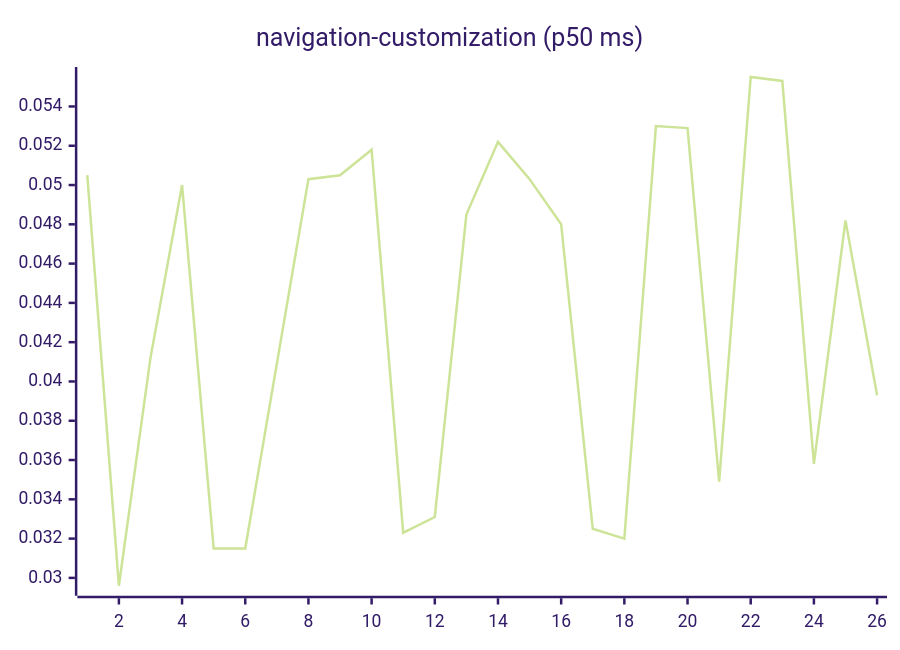
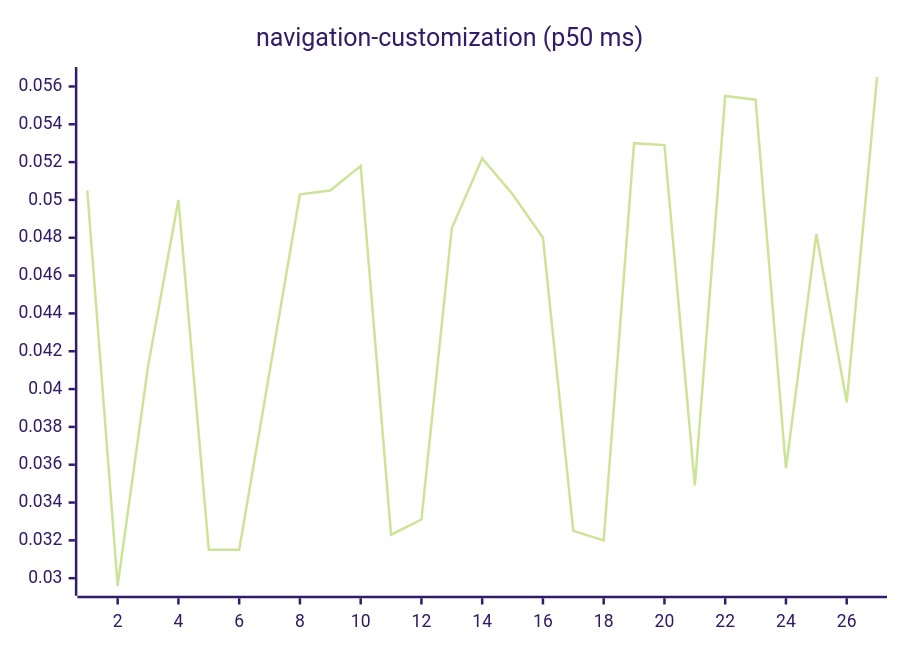
Diagram 15 of 27 in README.md (josha/Facet), drawn with Mermaid (forest theme) before and after one commit. The commit also changed other lines of this file and 2 other files, not shown here.

````diff
--- a/README.md
+++ b/README.md
@@ -161,6 +161,6 @@
 ```mermaid
 xychart-beta
     title "navigation-customization (p50 ms)"
-    x-axis 1 --> 26
-    line [0.0505, 0.0296, 0.0412, 0.0500, 0.0315, 0.0315, 0.0409, 0.0503, 0.0505, 0.0518, 0.0323, 0.0331, 0.0485, 0.0522, 0.0503, 0.0480, 0.0325, 0.0320, 0.0530, 0.0529, 0.0349, 0.0555, 0.0553, 0.0358, 0.0482, 0.0393]
+    x-axis 1 --> 27
+    line [0.0505, 0.0296, 0.0412, 0.0500, 0.0315, 0.0315, 0.0409, 0.0503, 0.0505, 0.0518, 0.0323, 0.0331, 0.0485, 0.0522, 0.0503, 0.0480, 0.0325, 0.0320, 0.0530, 0.0529, 0.0349, 0.0555, 0.0553, 0.0358, 0.0482, 0.0393, 0.0565]
 ```
````
